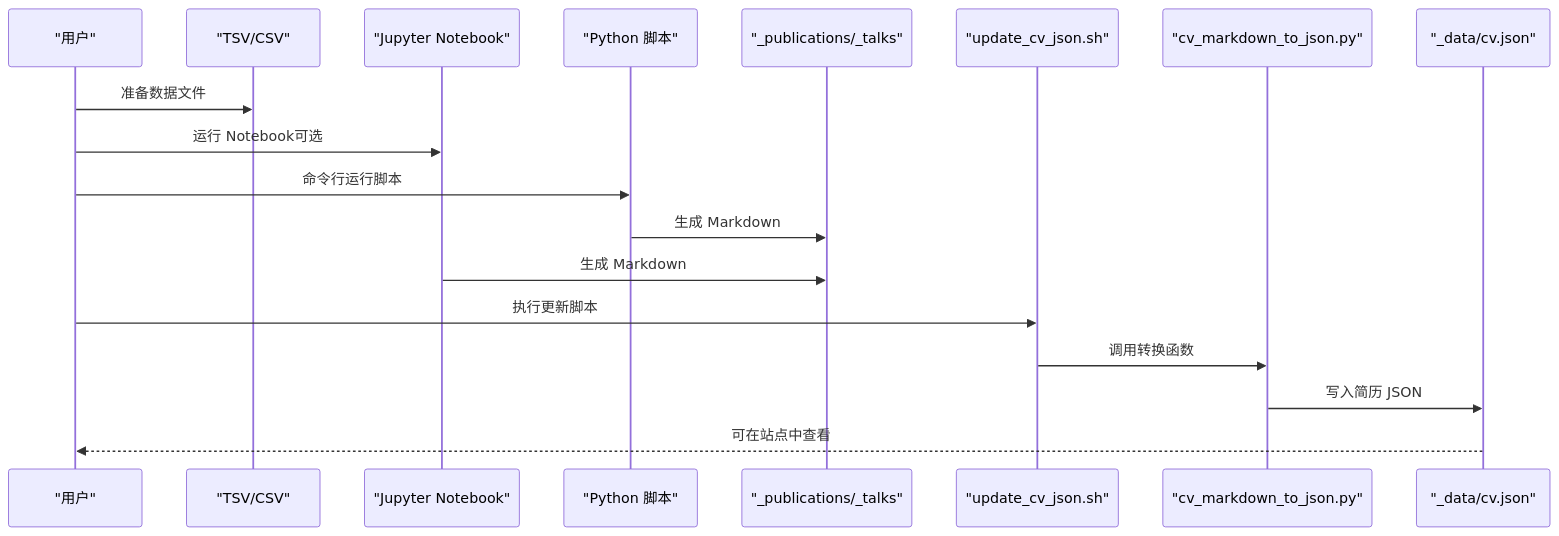
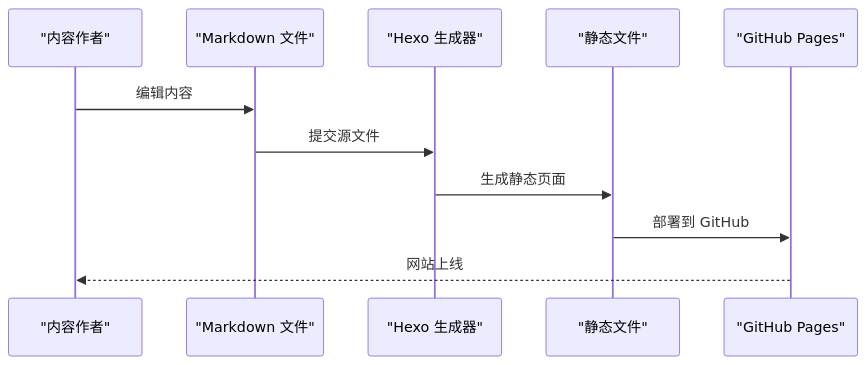
The second of 3 diagrams in .qoder/repowiki/zh/content/数据处理和自动化/数据处理和自动化.md (CoolPig0720/CoolPig0720.github.io), drawn with Mermaid before and after one commit. The commit also changed other lines of this file and 36 other files, not shown here.

````diff
--- a/.qoder/repowiki/zh/content/数据处理和自动化/数据处理和自动化.md
+++ b/.qoder/repowiki/zh/content/数据处理和自动化/数据处理和自动化.md
@@ -137,20 +99,13 @@
 ```mermaid
 sequenceDiagram
-participant U as "用户"
-participant TSV as "TSV/CSV"
-participant NB as "Jupyter Notebook"
-participant PY as "Python 脚本"
-participant OUT as "_publications/_talks"
-participant SH as "update_cv_json.sh"
-participant CV as "cv_markdown_to_json.py"
-participant DATA as "_data/cv.json"
-U->>TSV : 准备数据文件
-U->>NB : 运行 Notebook可选
-U->>PY : 命令行运行脚本
-PY->>OUT : 生成 Markdown
-NB->>OUT : 生成 Markdown
-U->>SH : 执行更新脚本
-SH->>CV : 调用转换函数
-CV->>DATA : 写入简历 JSON
-DATA-->>U : 可在站点中查看
+participant U as "内容作者"
+participant MD as "Markdown 文件"
+participant H as "Hexo 生成器"
+participant S as "静态文件"
+participant G as "GitHub Pages"
+U->>MD : 编辑内容
+MD->>H : 提交源文件
+H->>S : 生成静态页面
+S->>G : 部署到 GitHub
+G-->>U : 网站上线
 ```
````
